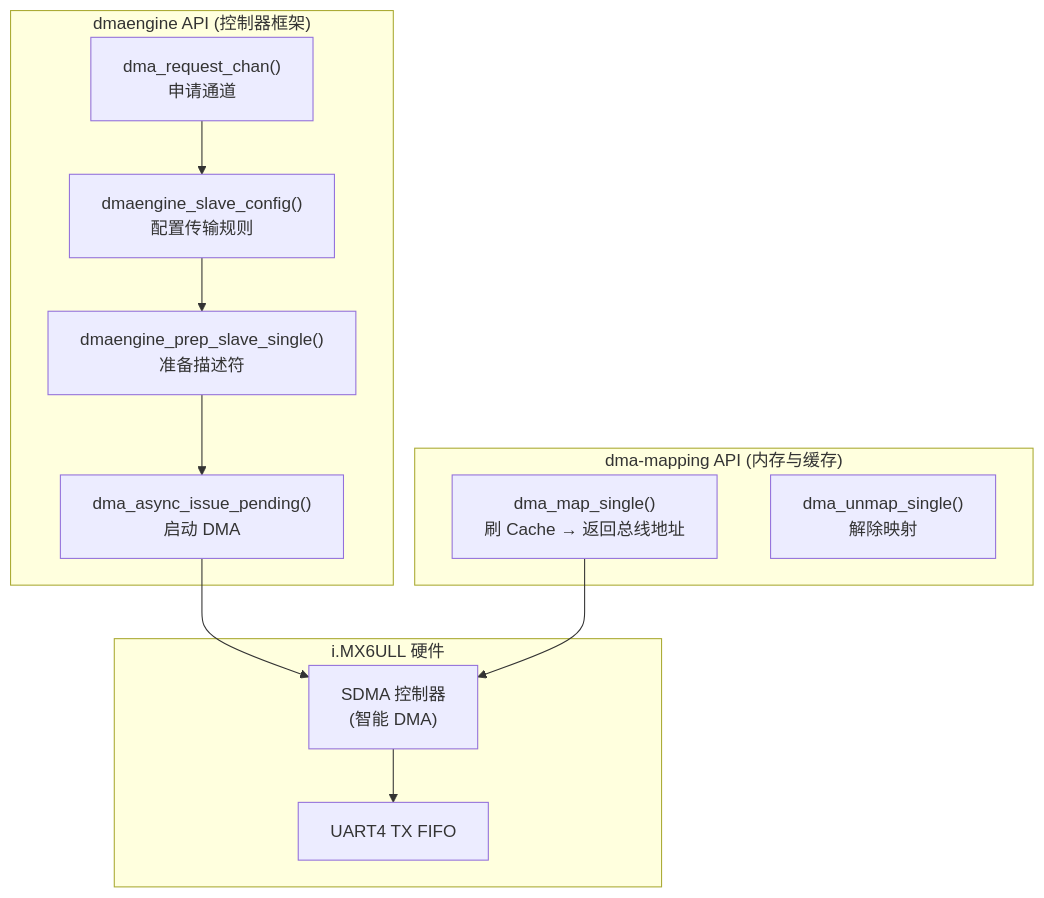
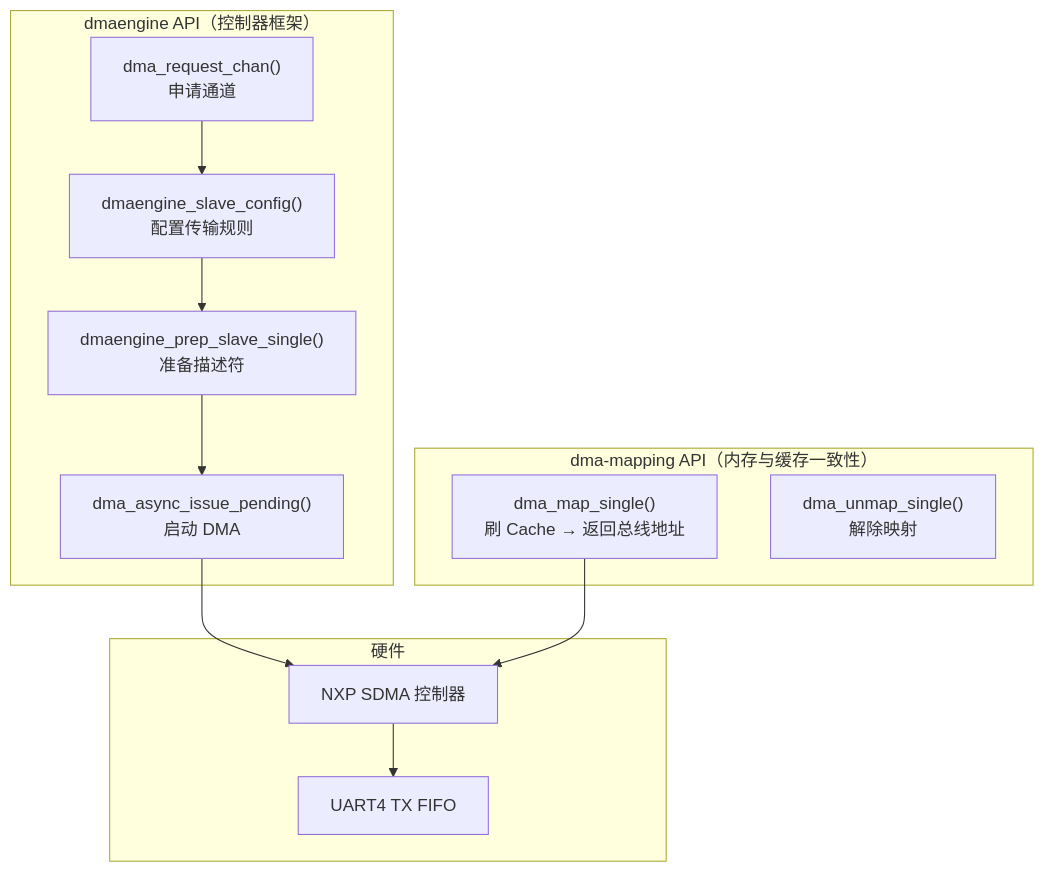
Before and after one commit to 2549227674/linux-kernel-driver-labs: the eighth of 10 diagrams in Bootlin-实验总结.md, drawn with Mermaid. The commit also changed other lines of this file, not shown here.

````diff
--- a/Bootlin-实验总结.md
+++ b/Bootlin-实验总结.md
@@ -503,24 +428,21 @@
 ```mermaid
 graph TD
-    subgraph "dma-mapping API (内存与缓存)"
+    subgraph "dma-mapping API（内存与缓存一致性）"
         MAP["dma_map_single()\n刷 Cache → 返回总线地址"]
         UNMAP["dma_unmap_single()\n解除映射"]
     end
-
-    subgraph "dmaengine API (控制器框架)"
+    subgraph "dmaengine API（控制器框架）"
         REQ["dma_request_chan()\n申请通道"]
         CONF["dmaengine_slave_config()\n配置传输规则"]
         PREP["dmaengine_prep_slave_single()\n准备描述符"]
         SUBMIT["dma_async_issue_pending()\n启动 DMA"]
     end
-
-    subgraph "i.MX6ULL 硬件"
-        SDMA["SDMA 控制器\n(智能 DMA)"]
+    subgraph "硬件"
+        SDMA["NXP SDMA 控制器"]
         UART["UART4 TX FIFO"]
     end
-
     REQ --> CONF --> PREP --> SUBMIT
     SUBMIT --> SDMA
     MAP --> SDMA
     SDMA --> UART
 ```
````
